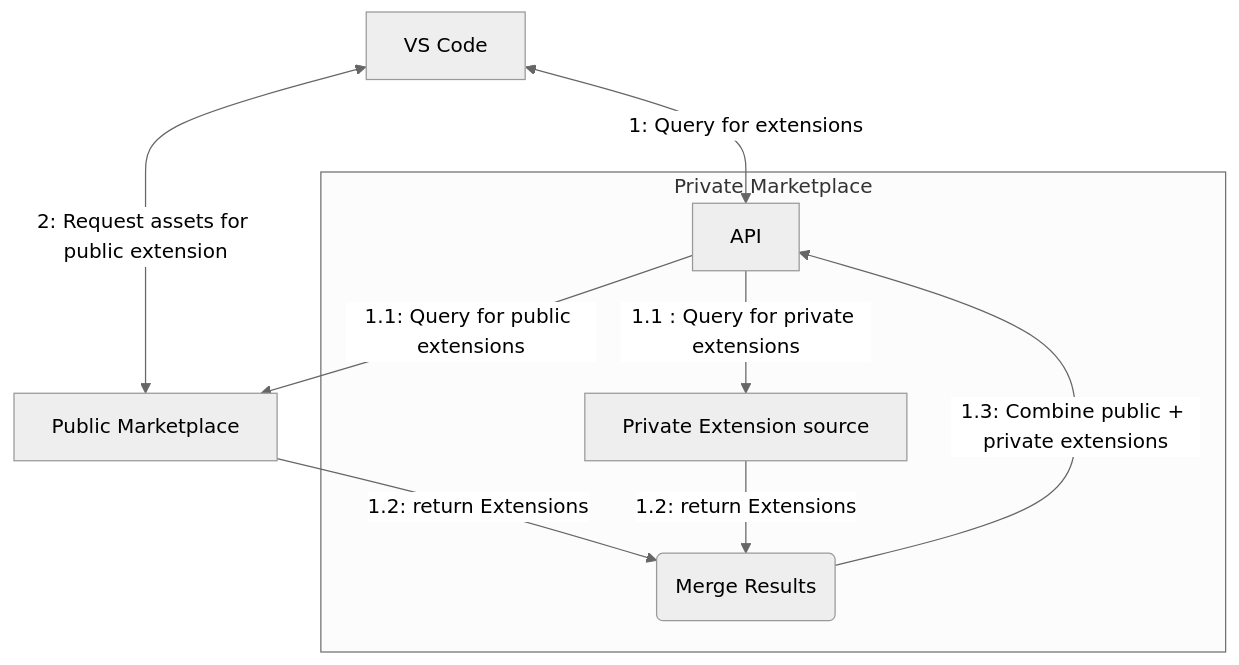
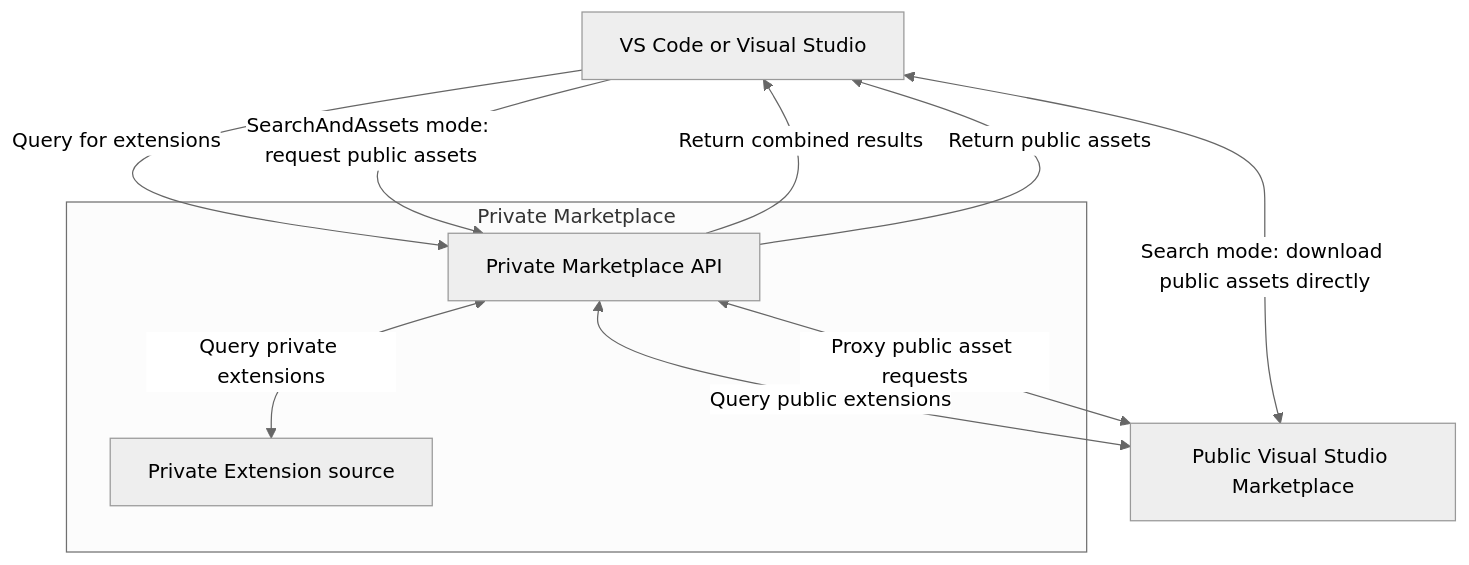
The second of 2 diagrams in privatemarketplace/preview/README.md (microsoft/vsmarketplace), drawn with Mermaid (neutral theme) before and after one commit. The commit also changed other lines of this file and 6 other files, not shown here.

First line of the commit message:
docs: update SearchAndAssets preview guidance

````diff
--- a/privatemarketplace/preview/README.md
+++ b/privatemarketplace/preview/README.md
@@ -374,19 +377,19 @@
 ```mermaid
 flowchart TD
-    A[API]
-    C[Public Marketplace]
-    D[VS Code]
-    E(Merge Results)
+    C[Public Visual Studio Marketplace]
+    D[VS Code or Visual Studio]
 
-    D <--> |1: Query for extensions| A
-    D <--> |2: Request assets for public extension| C
-    A --> |1.1: Query for public extensions| C
-    C --> |1.2: return Extensions | E
+    subgraph Private Marketplace
+        A[Private Marketplace API]
+        B[Private Extension source]
+        A <--> |Query private extensions| B
+    end
 
-    B[Private Extension source]
-    subgraph Private Marketplace
-        A --> |1.1 : Query for private extensions| B
-        B --> |1.2: return Extensions | E
-        E --> |1.3: Combine public + private extensions| A
-    end
+    D --> |Query for extensions| A
+    A <--> |Query public extensions| C
+    A --> |Return combined results| D
+    D <--> |Search mode: download public assets directly| C
+    D --> |SearchAndAssets mode: request public assets| A
+    A <--> |Proxy public asset requests| C
+    A --> |Return public assets| D
 ```
````
